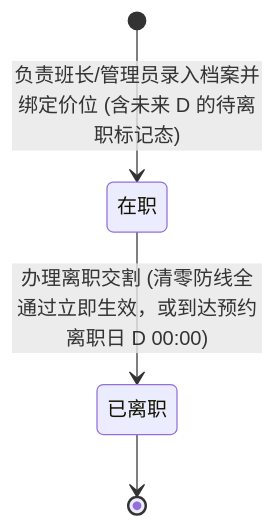
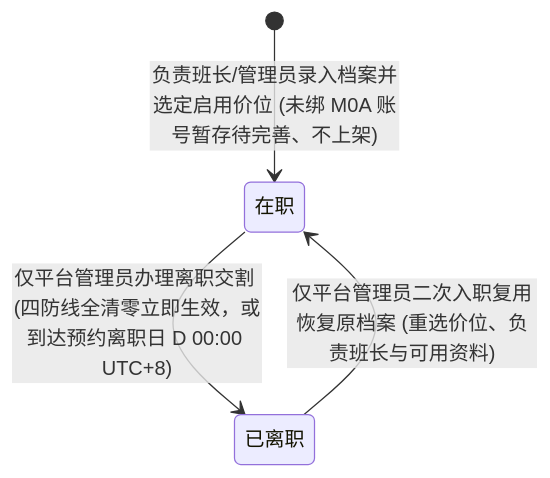
The seventh of 9 diagrams in docs/prd/m1b_teacher_profile.md (Onezao/dream), drawn with Mermaid before and after one commit. The commit also changed other lines of this file and 34 other files, not shown here.

````diff
--- a/docs/prd/m1b_teacher_profile.md
+++ b/docs/prd/m1b_teacher_profile.md
@@ -224,6 +258,6 @@
 ```mermaid
 stateDiagram-v2
-    [*] --> 在职: 负责班长/管理员录入档案并绑定价位 (含未来 D 的待离职标记态)
-    在职 --> 已离职: 办理离职交割 (清零防线全通过立即生效，或到达预约离职日 D 00:00)
-    已离职 --> [*]
+    [*] --> 在职: 负责班长/管理员录入档案并选定启用价位 (未绑 M0A 账号暂存待完善、不上架)
+    在职 --> 已离职: 仅平台管理员办理离职交割 (四防线全清零立即生效，或到达预约离职日 D 00:00 UTC+8)
+    已离职 --> 在职: 仅平台管理员二次入职复用恢复原档案 (重选价位、负责班长与可用资料)
 ```
````
